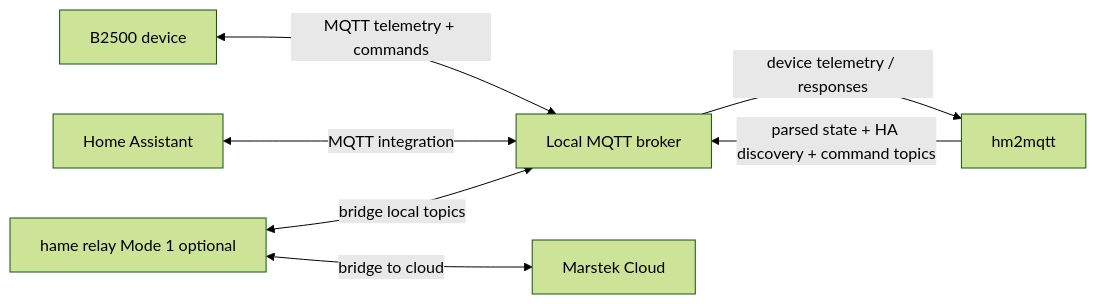
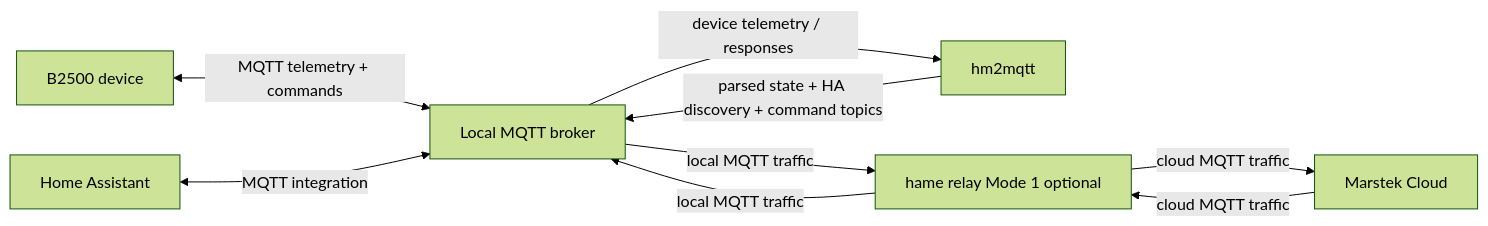
Before and after one commit to tomquist/hm2mqtt: the first of 2 diagrams in README.md, drawn with Mermaid (forest theme). The commit also changed other lines of this file, not shown here.

Commit message:
docs: use directional labeled hame-relay edges in flow diagrams

````diff
--- a/README.md
+++ b/README.md
@@ -37,9 +37,11 @@
 ```mermaid
 flowchart LR
     B2500[B2500 device] <-->|MQTT telemetry + commands| Broker[Local MQTT broker]
     Broker -->|device telemetry / responses| HM2MQTT[hm2mqtt]
     HM2MQTT -->|parsed state + HA discovery + command topics| Broker
     HA[Home Assistant] <-->|MQTT integration| Broker
-    Relay[hame relay Mode 1 optional] <-->|bridge local topics| Broker
-    Relay <-->|bridge to cloud| Cloud[Marstek Cloud]
+    Broker -->|local MQTT traffic| Relay[hame relay Mode 1 optional]
+    Relay -->|local MQTT traffic| Broker
+    Cloud[Marstek Cloud] -->|cloud MQTT traffic| Relay
+    Relay -->|cloud MQTT traffic| Cloud
 ```
````
